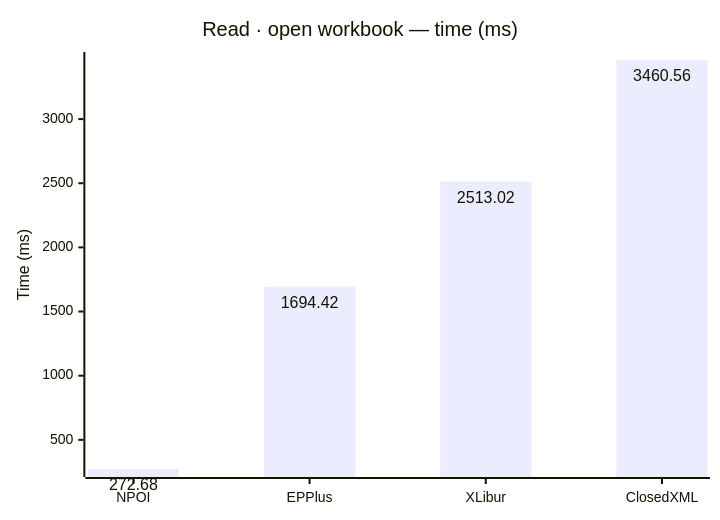
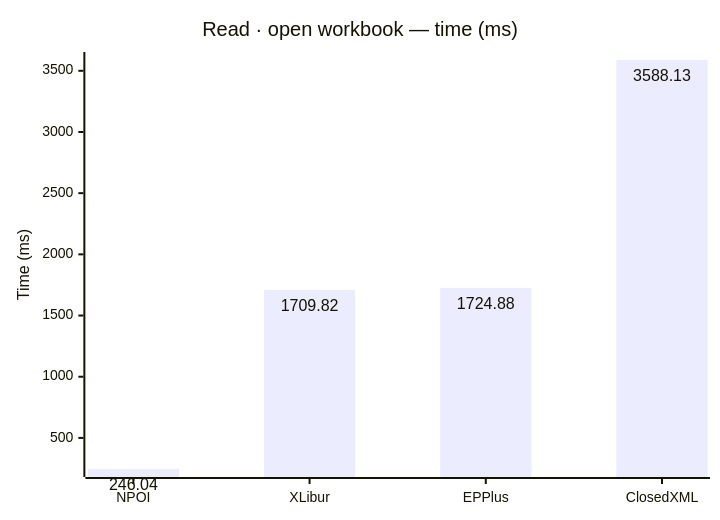
Before and after one commit to jafin/XLBench: the first of 6 diagrams in docs/results.md, drawn with Mermaid. The commit also changed other lines of this file and 4 other files, not shown here.

````diff
--- a/docs/results.md
+++ b/docs/results.md
@@ -34,12 +34,12 @@
 ```mermaid
 ---
 config:
   xyChart:
     showDataLabel: true
 ---
 xychart-beta
     title "Read · open workbook — time (ms)"
-    x-axis ["NPOI", "EPPlus", "XLibur", "ClosedXML"]
+    x-axis ["NPOI", "XLibur", "EPPlus", "ClosedXML"]
     y-axis "Time (ms)"
-    bar [272.68, 1694.42, 2513.02, 3460.56]
+    bar [246.04, 1709.82, 1724.88, 3588.13]
 ```
````
